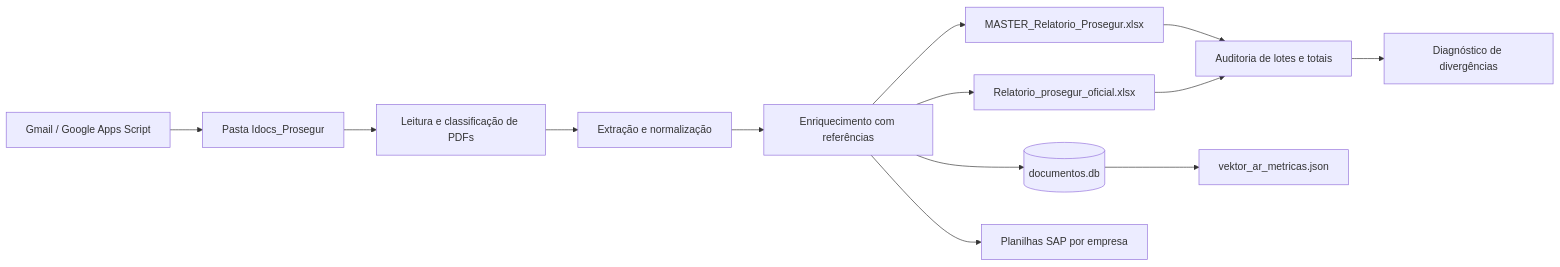
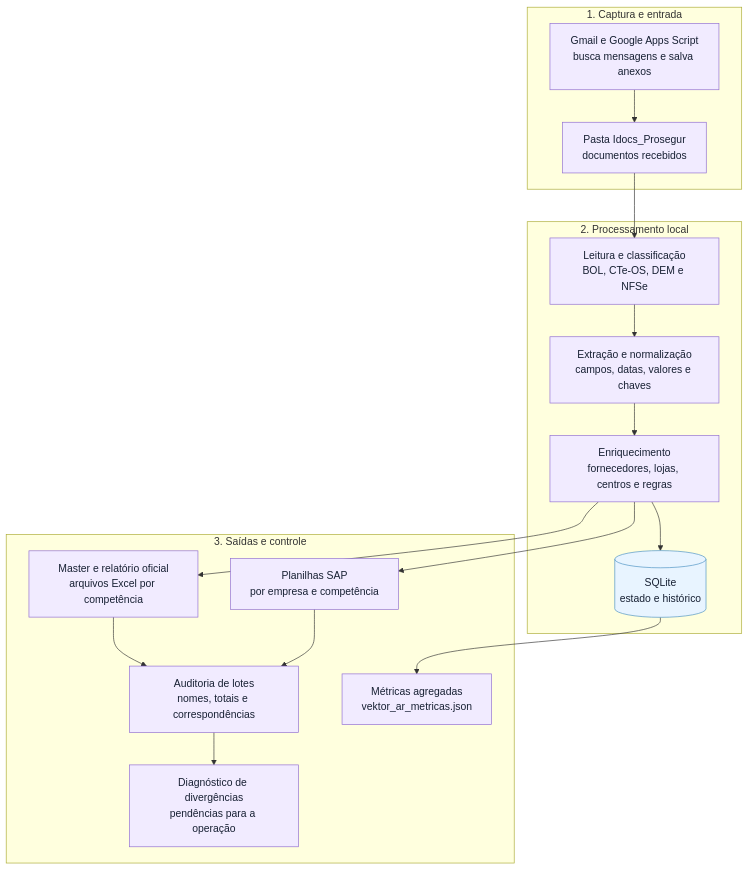
One commit to rodrigolisboa25-create/projects changed the diagram in sistema-prosegur/README.md. Above: the diagram before and after it, drawn with Mermaid. The commit also changed other lines of this file, not shown here.

Commit message:
Melhora legibilidade do fluxo Prosegur

````diff
--- a/sistema-prosegur/README.md
+++ b/sistema-prosegur/README.md
@@ -36,15 +36,33 @@
 ```mermaid
-flowchart LR
-    E[Gmail / Google Apps Script] --> I[Pasta Idocs_Prosegur]
-    I --> P[Leitura e classificação de PDFs]
-    P --> X[Extração e normalização]
-    X --> R[Enriquecimento com referências]
-    R --> DB[(documentos.db)]
-    R --> M[MASTER_Relatorio_Prosegur.xlsx]
-    R --> O[Relatorio_prosegur_oficial.xlsx]
-    R --> S[Planilhas SAP por empresa]
-    M --> A[Auditoria de lotes e totais]
-    O --> A
-    A --> D[Diagnóstico de divergências]
-    DB --> T[vektor_ar_metricas.json]
+flowchart TB
+    subgraph ENTRADA[1. Captura e entrada]
+        E1[Gmail e Google Apps Script<br/>busca mensagens e salva anexos] --> E2[Pasta Idocs_Prosegur<br/>documentos recebidos]
+    end
+
+    subgraph PROCESSAMENTO[2. Processamento local]
+        P1[Leitura e classificação<br/>BOL, CTe-OS, DEM e NFSe] --> P2[Extração e normalização<br/>campos, datas, valores e chaves]
+        P2 --> P3[Enriquecimento<br/>fornecedores, lojas, centros e regras]
+        P3 --> DB[(SQLite<br/>estado e histórico)]
+    end
+
+    subgraph SAIDAS[3. Saídas e controle]
+        O1[Master e relatório oficial<br/>arquivos Excel por competência]
+        O2[Planilhas SAP<br/>por empresa e competência]
+        O3[Auditoria de lotes<br/>nomes, totais e correspondências]
+        O4[Diagnóstico de divergências<br/>pendências para a operação]
+        O5[Métricas agregadas<br/>vektor_ar_metricas.json]
+    end
+
+    E2 --> P1
+    P3 --> O1
+    P3 --> O2
+    O1 --> O3
+    O2 --> O3
+    O3 --> O4
+    DB --> O5
+
+    classDef stage fill:#f1ebff,stroke:#8e6bd1,color:#172033,stroke-width:1px;
+    classDef store fill:#e8f4ff,stroke:#4a90c2,color:#172033,stroke-width:1px;
+    class E1,E2,P1,P2,P3,O1,O2,O3,O4,O5 stage;
+    class DB store;
 ```
````
